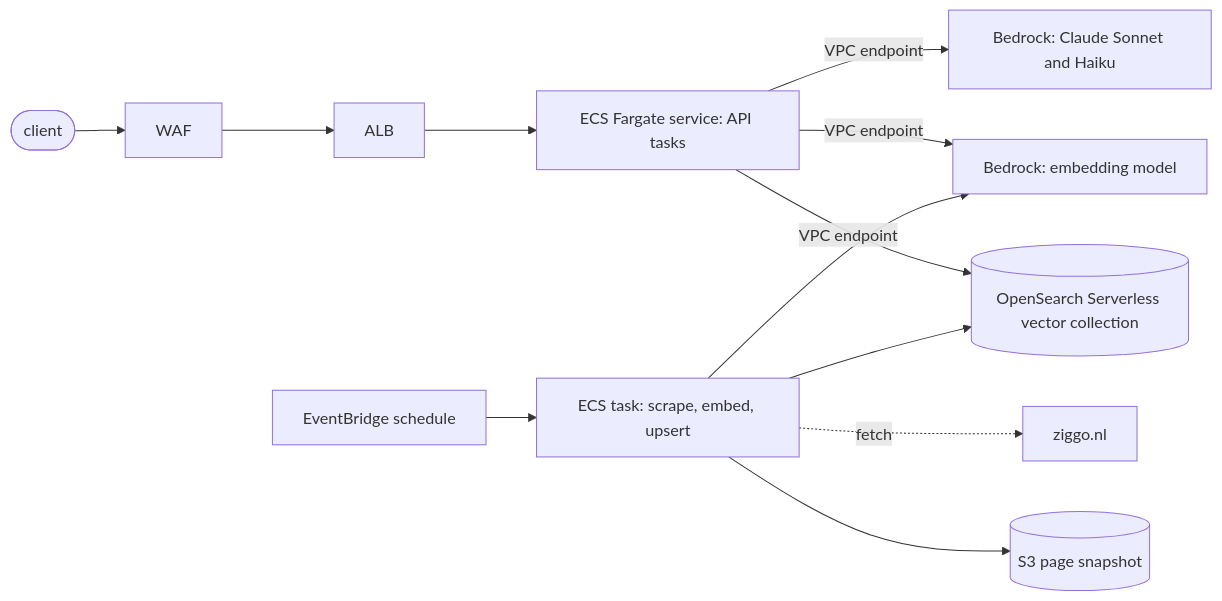
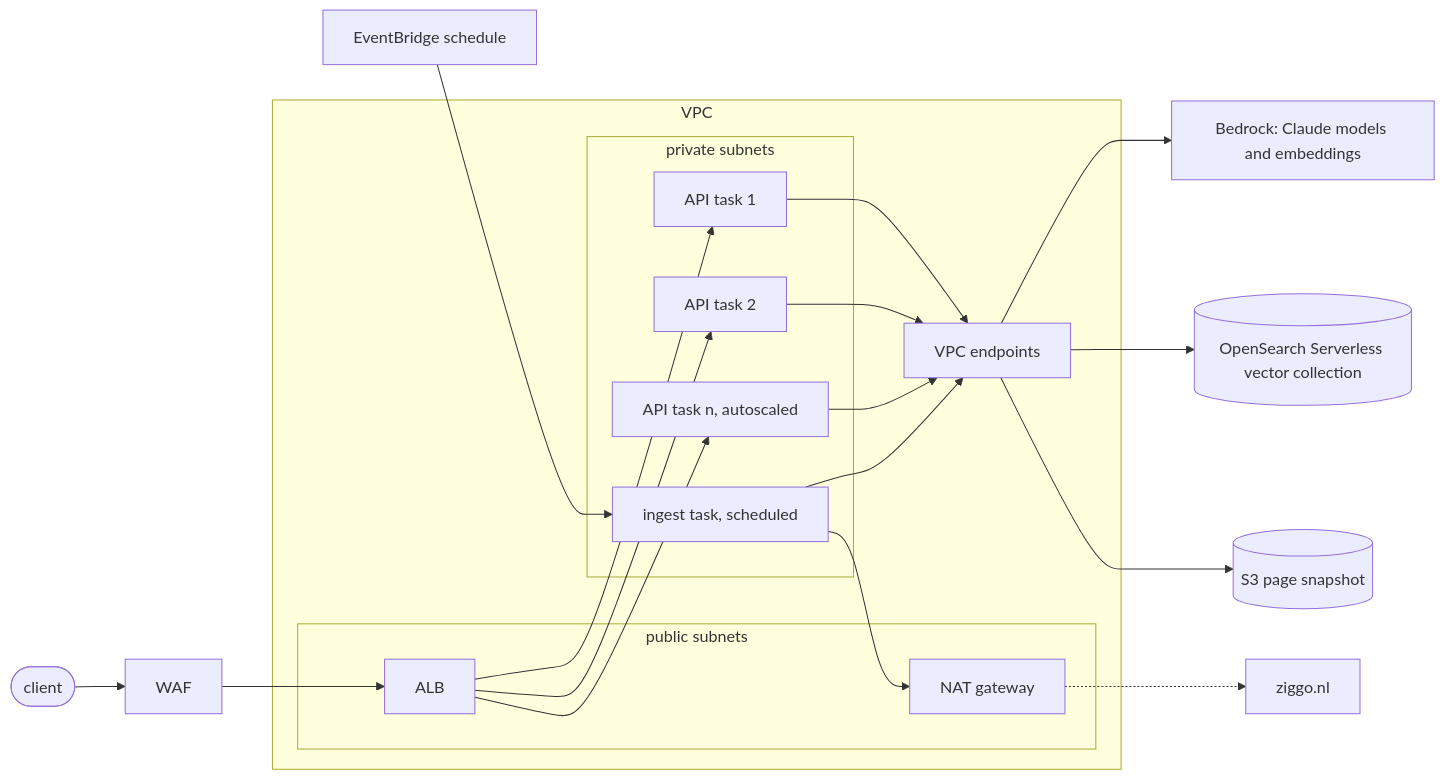
Before and after one commit to RCdeWit/vfz-assignment: the third of 3 diagrams in README.md, drawn with Mermaid.

Commit message:
docs(readme): show the VPC, subnets, and autoscaled tasks in the AWS diagram

````diff
--- a/README.md
+++ b/README.md
@@ -143,12 +143,24 @@
 ```mermaid
 flowchart LR
-    client([client]) --> waf["WAF"] --> alb["ALB"] --> ecs["ECS Fargate service: API tasks"]
-    ecs -- "VPC endpoint" --> bedrock["Bedrock: Claude Sonnet and Haiku"]
-    ecs -- "VPC endpoint" --> embed["Bedrock: embedding model"]
-    ecs -- "VPC endpoint" --> aoss[("OpenSearch Serverless vector collection")]
-    schedule["EventBridge schedule"] --> ingest["ECS task: scrape, embed, upsert"]
-    ingest -. fetch .-> ziggo["ziggo.nl"]
-    ingest --> s3[("S3 page snapshot")]
-    ingest --> embed
-    ingest --> aoss
+    client([client]) --> waf["WAF"] --> alb
+    subgraph vpc["VPC"]
+        subgraph public["public subnets"]
+            alb["ALB"]
+            nat["NAT gateway"]
+        end
+        subgraph private["private subnets"]
+            api1["API task 1"]
+            api2["API task 2"]
+            apiN["API task n, autoscaled"]
+            ingest["ingest task, scheduled"]
+        end
+        ep["VPC endpoints"]
+    end
+    alb --> api1 & api2 & apiN
+    api1 & api2 & apiN & ingest --> ep
+    ingest --> nat -.-> ziggo["ziggo.nl"]
+    ep --> bedrock["Bedrock: Claude models and embeddings"]
+    ep --> aoss[("OpenSearch Serverless vector collection")]
+    ep --> s3[("S3 page snapshot")]
+    schedule["EventBridge schedule"] --> ingest
 ```
````
